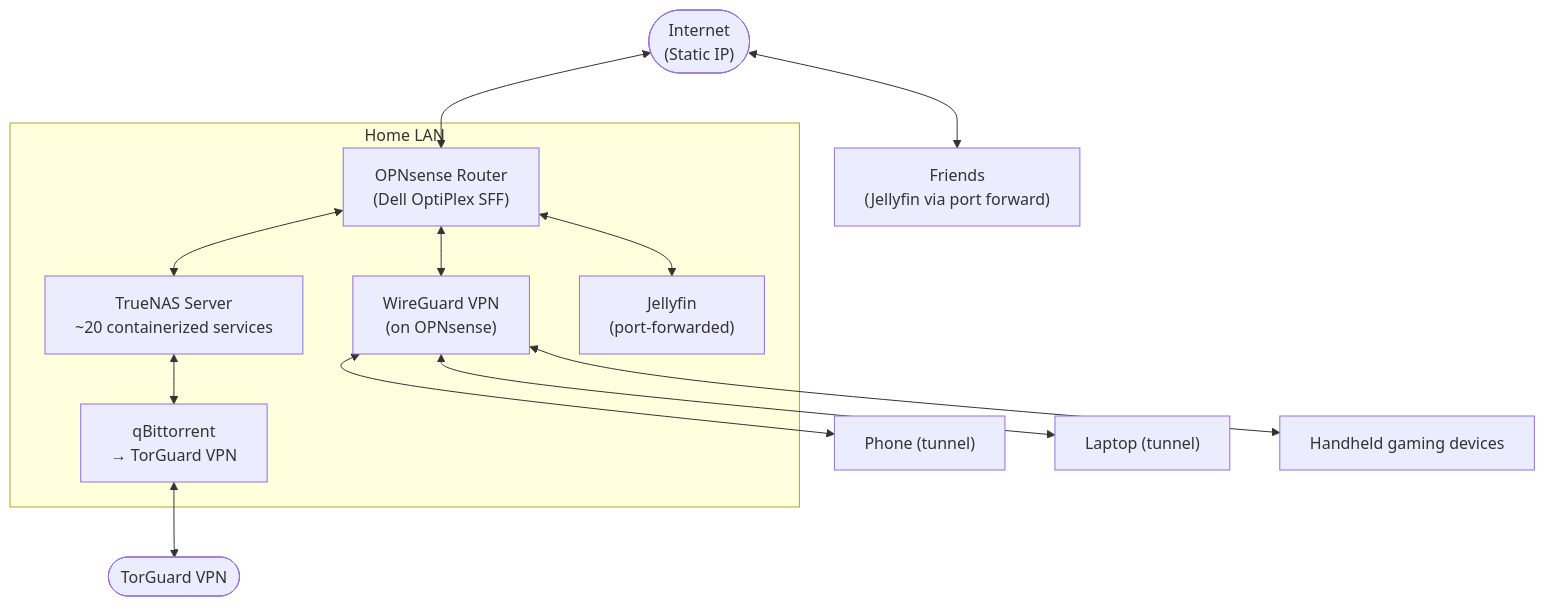
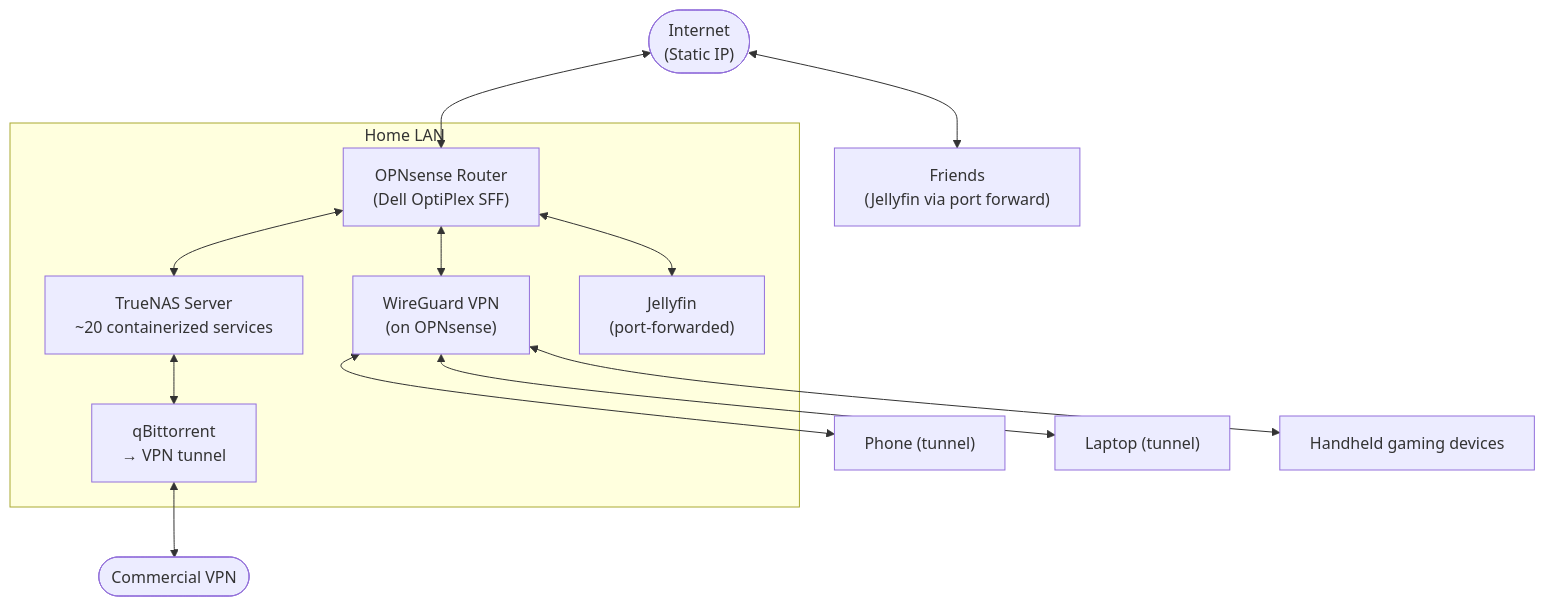
One commit to SammyTheKat/homelab changed the diagram in README.md. Above: the diagram before and after it, drawn with Mermaid. The commit also changed 2 other files, not shown here.

Commit message:
Sanitize public-facing language: generic VPN references, segmentation framing

````diff
--- a/README.md
+++ b/README.md
@@ -11,18 +11,18 @@
 ```mermaid
 flowchart TB
     Internet(["Internet<br/>(Static IP)"]) <--> OPNsense["OPNsense Router<br/>(Dell OptiPlex SFF)"]
 
     subgraph LAN["Home LAN"]
         OPNsense <--> TrueNAS["TrueNAS Server<br/>~20 containerized services"]
         OPNsense <--> WG["WireGuard VPN<br/>(on OPNsense)"]
         OPNsense <--> JF["Jellyfin<br/>(port-forwarded)"]
-        TrueNAS <--> qbit["qBittorrent<br/>→ TorGuard VPN"]
+        TrueNAS <--> qbit["qBittorrent<br/>→ VPN tunnel"]
     end
 
     WG <--> Phone["Phone (tunnel)"]
     WG <--> Laptop["Laptop (tunnel)"]
     WG <--> Handhelds["Handheld gaming devices"]
 
     Internet <--> Friends["Friends<br/>(Jellyfin via port forward)"]
-    qbit <--> TorGuard(["TorGuard VPN"])
+    qbit <--> VPN(["Commercial VPN"])
 ```
````
